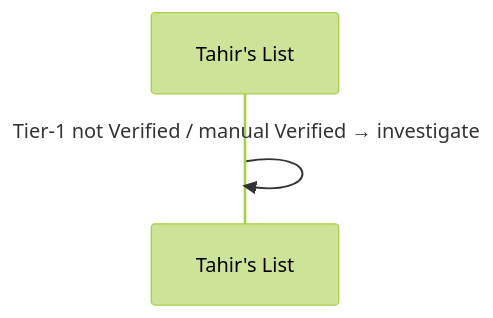
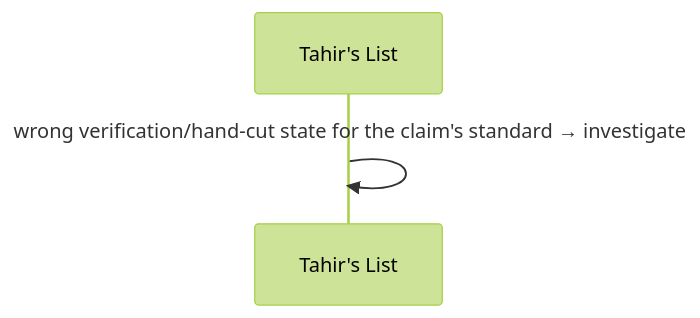
One commit to Losers-Lab/tahirs-list changed the seventh of 7 diagrams in docs/features/SC-211/04-blackbox/UC-03-load-reviewed-batch.md. Above: the diagram before and after it, drawn with Mermaid (forest theme). The commit also changed other lines of this file and 12 other files, not shown here.

Commit message:
[SC-211] Decouple hand-cut from tier

````diff
--- a/docs/features/SC-211/04-blackbox/UC-03-load-reviewed-batch.md
+++ b/docs/features/SC-211/04-blackbox/UC-03-load-reviewed-batch.md
@@ -62,5 +62,5 @@
 ```mermaid
 sequenceDiagram
   participant TL as Tahir's List
-  TL->>TL: Tier-1 not Verified / manual Verified → investigate
+  TL->>TL: wrong verification/hand-cut state for the claim's standard → investigate
 ```
````
